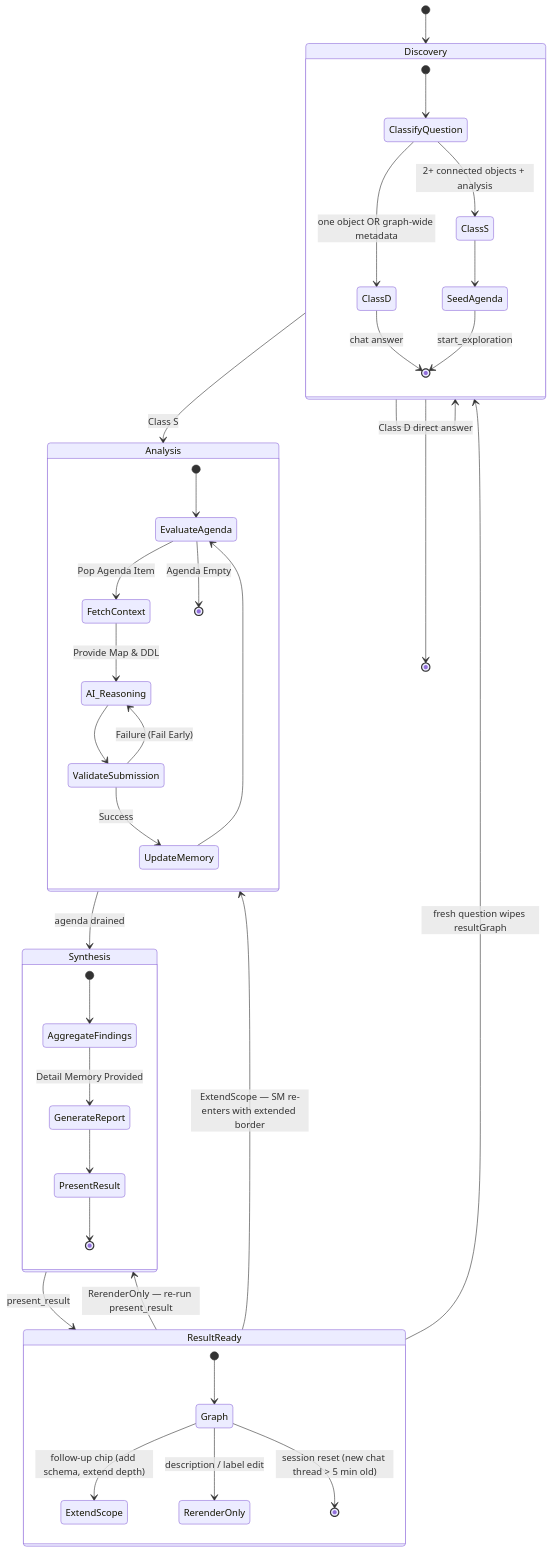
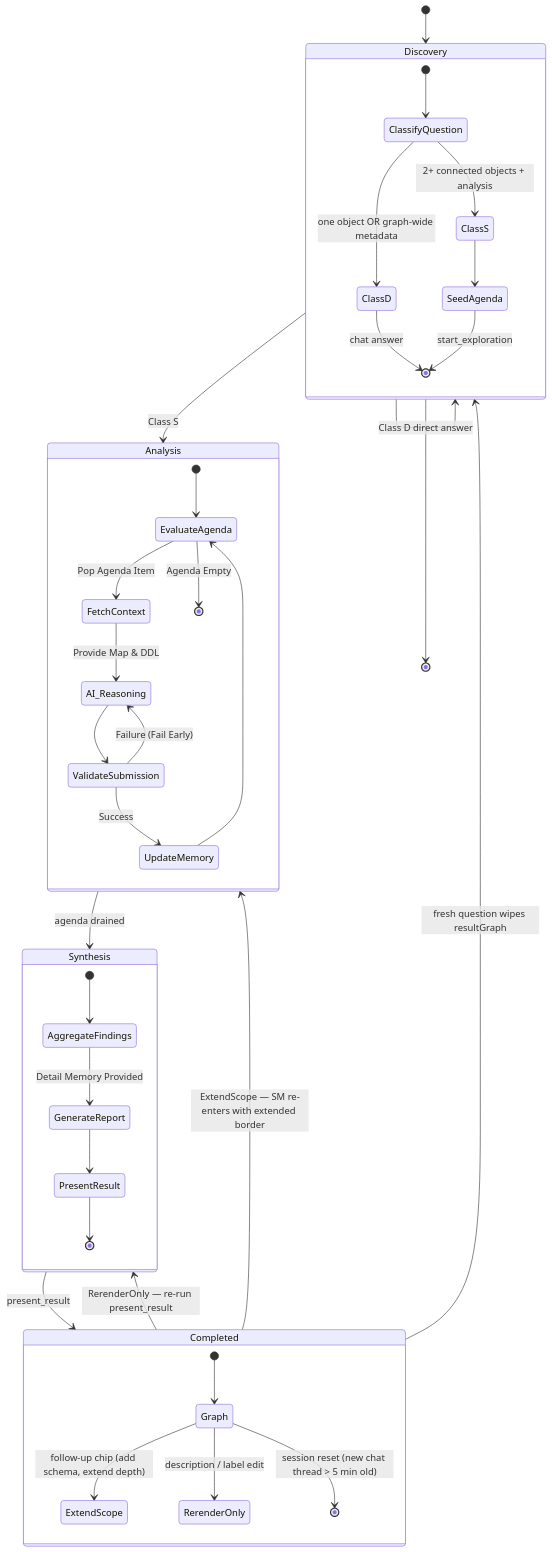
The first of 6 diagrams in docs/AI_ARCHITECTURE.md (ChrisDevRepo/vscode_data_lineage), drawn with Mermaid before and after one commit. The commit also changed 18 other files, not shown here.

````diff
--- a/docs/AI_ARCHITECTURE.md
+++ b/docs/AI_ARCHITECTURE.md
@@ -257,50 +257,50 @@
 ```mermaid
 stateDiagram-v2
     [*] --> Discovery
 
     state Discovery {
         [*] --> ClassifyQuestion
         ClassifyQuestion --> ClassD: one object OR graph-wide metadata
         ClassifyQuestion --> ClassS: 2+ connected objects + analysis
         ClassD --> [*]: chat answer
         ClassS --> SeedAgenda
         SeedAgenda --> [*]: start_exploration
     }
 
     Discovery --> Analysis: Class S
     Discovery --> Discovery: Class D direct answer
 
     state Analysis {
         [*] --> EvaluateAgenda
         EvaluateAgenda --> FetchContext: Pop Agenda Item
         FetchContext --> AI_Reasoning: Provide Map & DDL
         AI_Reasoning --> ValidateSubmission
         ValidateSubmission --> UpdateMemory: Success
         ValidateSubmission --> AI_Reasoning: Failure (Fail Early)
         UpdateMemory --> EvaluateAgenda
         EvaluateAgenda --> [*]: Agenda Empty
     }
 
     Analysis --> Synthesis: agenda drained
 
     state Synthesis {
         [*] --> AggregateFindings
         AggregateFindings --> GenerateReport: Detail Memory Provided
         GenerateReport --> PresentResult
         PresentResult --> [*]
     }
 
-    Synthesis --> ResultReady: present_result
+    Synthesis --> Completed: present_result
 
-    state ResultReady {
+    state Completed {
         [*] --> Graph
         Graph --> ExtendScope: follow-up chip (add schema, extend depth)
         Graph --> RerenderOnly: description / label edit
         Graph --> [*]: session reset (new chat thread > 5 min old)
     }
 
-    ResultReady --> Analysis: ExtendScope — SM re-enters with extended border
-    ResultReady --> Synthesis: RerenderOnly — re-run present_result
-    ResultReady --> Discovery: fresh question wipes resultGraph
+    Completed --> Analysis: ExtendScope — SM re-enters with extended border
+    Completed --> Synthesis: RerenderOnly — re-run present_result
+    Completed --> Discovery: fresh question wipes resultGraph
     Discovery --> [*]
 ```
````
